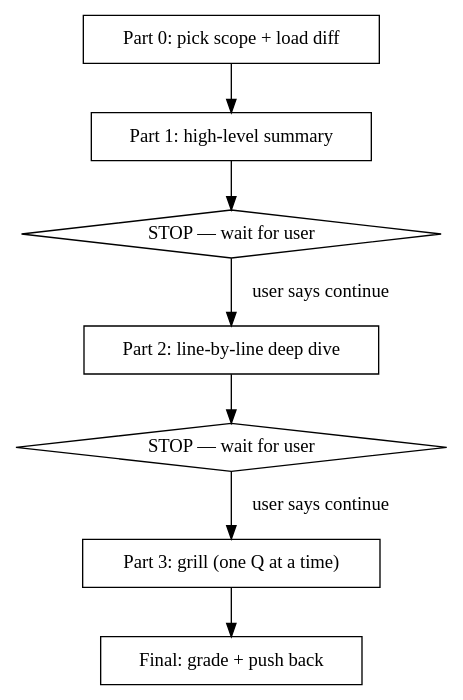
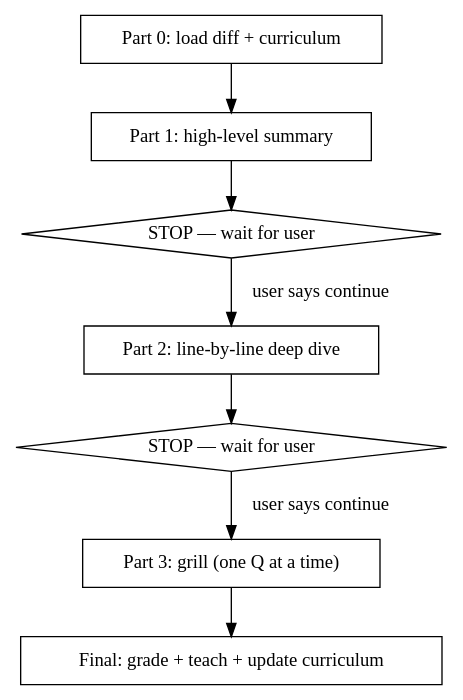
One commit to syrashid/claude-skills changed the diagram in grill_me/SKILL.md. Above: the diagram before and after it, drawn with Graphviz. The commit also changed other lines of this file and 2 other files, not shown here.

````diff
--- a/grill_me/SKILL.md
+++ b/grill_me/SKILL.md
@@ -12,18 +14,18 @@
 ```dot
 digraph grill {
-    "Part 0: pick scope + load diff" [shape=box];
+    "Part 0: load diff + curriculum" [shape=box];
     "Part 1: high-level summary" [shape=box];
     "STOP — wait for user" [shape=diamond];
     "Part 2: line-by-line deep dive" [shape=box];
     "STOP — wait for user " [shape=diamond];
     "Part 3: grill (one Q at a time)" [shape=box];
-    "Final: grade + push back" [shape=box];
+    "Final: grade + teach + update curriculum" [shape=box];
 
-    "Part 0: pick scope + load diff" -> "Part 1: high-level summary";
+    "Part 0: load diff + curriculum" -> "Part 1: high-level summary";
     "Part 1: high-level summary" -> "STOP — wait for user";
     "STOP — wait for user" -> "Part 2: line-by-line deep dive" [label="user says continue"];
     "Part 2: line-by-line deep dive" -> "STOP — wait for user ";
     "STOP — wait for user " -> "Part 3: grill (one Q at a time)" [label="user says continue"];
-    "Part 3: grill (one Q at a time)" -> "Final: grade + push back";
+    "Part 3: grill (one Q at a time)" -> "Final: grade + teach + update curriculum";
 }
 ```
````
